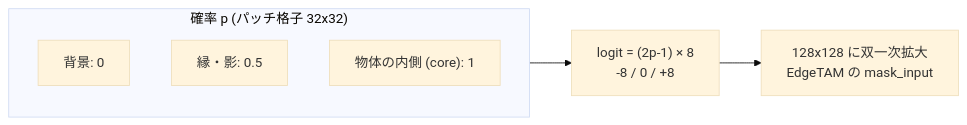
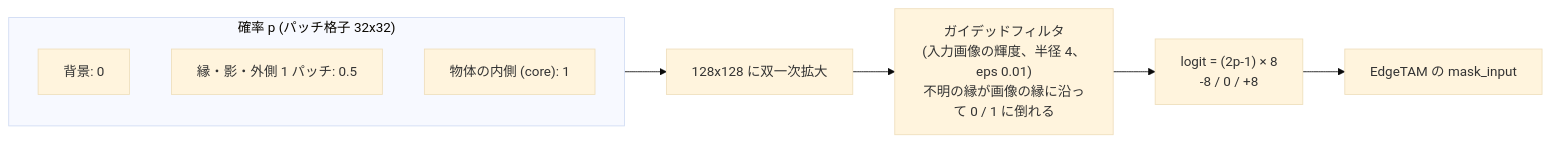
Before and after one commit to fklg-64/pe_anything_detect: the sixth of 9 diagrams in docs/semantic_refiner.md, drawn with Mermaid (base theme). The commit also changed other lines of this file and 10 other files, not shown here.

````diff
--- a/docs/semantic_refiner.md
+++ b/docs/semantic_refiner.md
@@ -215,10 +240,12 @@
 ```mermaid
 flowchart LR
     subgraph P["確率 p (パッチ格子 32x32)"]
         P1["背景: 0"]
-        P2["縁・影: 0.5"]
+        P2["縁・影・外側 1 パッチ: 0.5"]
         P3["物体の内側 (core): 1"]
     end
-    P --> L["logit = (2p-1) × 8<br/>-8 / 0 / +8"]
-    L --> R["128x128 に双一次拡大<br/>EdgeTAM の mask_input"]
+    P --> UP["128x128 に双一次拡大"]
+    UP --> GF["ガイデッドフィルタ<br/>(入力画像の輝度、半径 4、eps 0.01)<br/>不明の縁が画像の縁に沿って 0 / 1 に倒れる"]
+    GF --> L["logit = (2p-1) × 8<br/>-8 / 0 / +8"]
+    L --> R["EdgeTAM の mask_input"]
 ```
````
